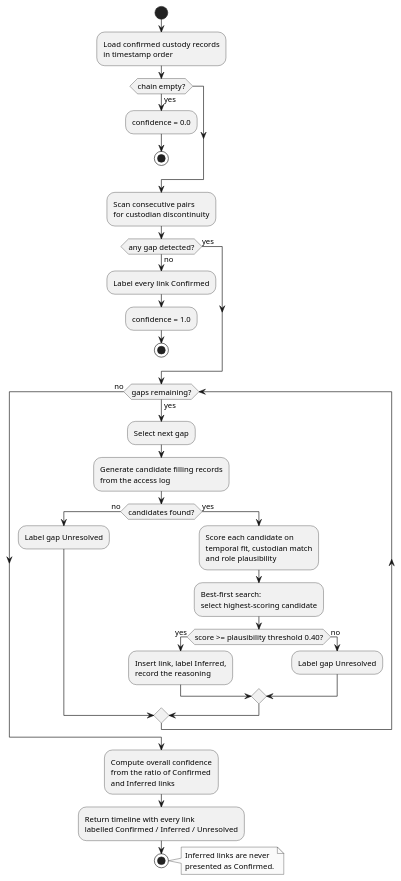
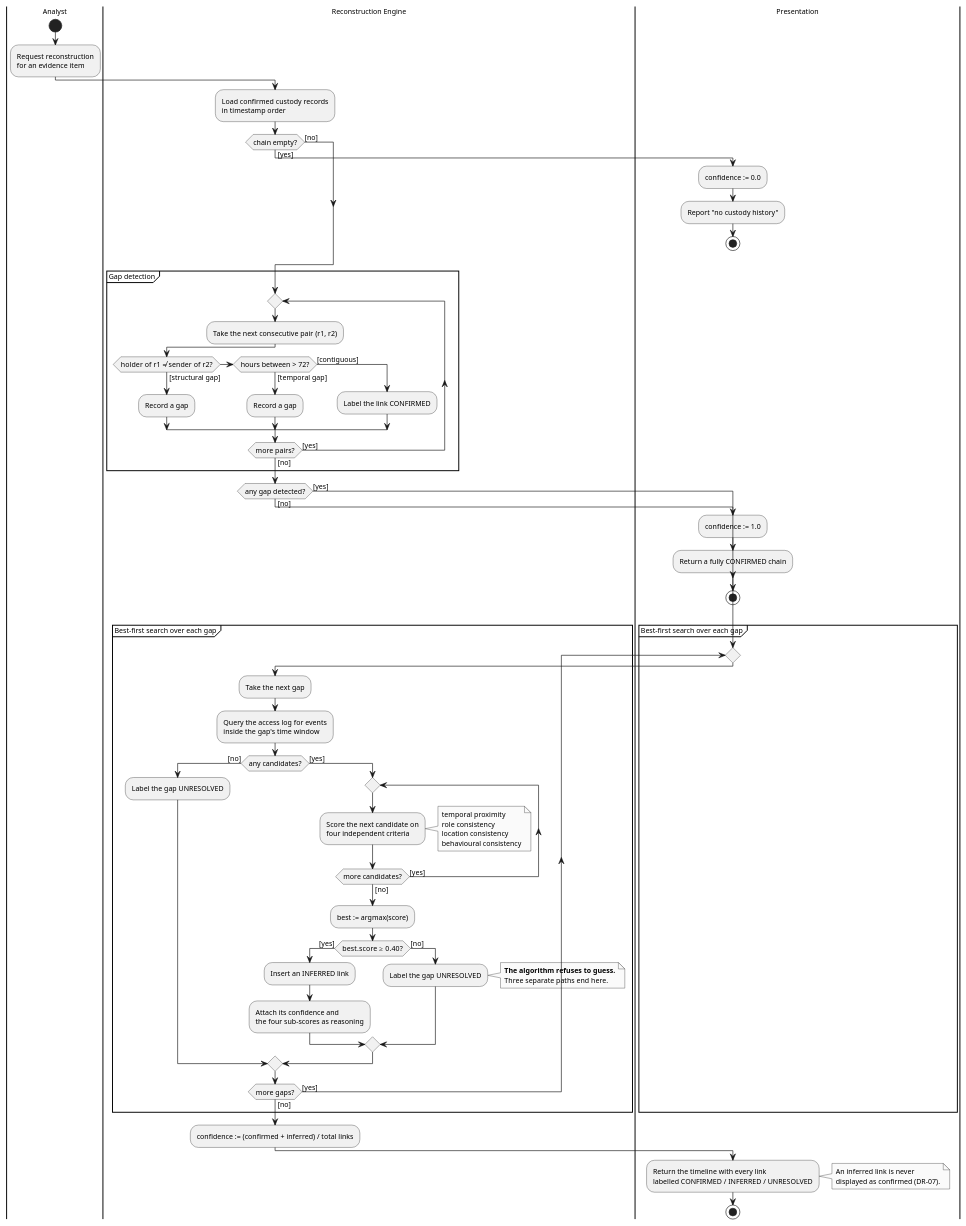
One commit to vidhyaharini0/DEICMS changed the diagram in diagrams_plantuml/08_activity_reconstruction.puml. Above: the diagram before and after it, drawn with PlantUML. The commit also changed 22 other files, not shown here.

Commit message:
Rewrite all 11 UML diagrams with proper UML semantics; make class and ER diagrams genuinely distinct; add class-vs-ER comparison to Ch8

```diff
--- a/diagrams_plantuml/08_activity_reconstruction.puml
+++ b/diagrams_plantuml/08_activity_reconstruction.puml
@@ -1,62 +1,96 @@
 @startuml
-' Figure 8.8 - Activity Diagram: Custody Chain Reconstruction
+' Figure 8.8 - Activity Diagram: Custody Chain Reconstruction (heuristic search)
 skinparam monochrome true
 skinparam shadowing false
 skinparam defaultFontName Arial
-skinparam defaultFontSize 12
+skinparam defaultFontSize 11
 skinparam backgroundColor white
 
+|#white|Analyst|
 start
+:Request reconstruction
+for an evidence item;
+
+|Reconstruction Engine|
 :Load confirmed custody records
 in timestamp order;
 
-if (chain empty?) then (yes)
-  :confidence = 0.0;
+if (chain empty?) then ([yes])
+  |Presentation|
+  :confidence := 0.0;
+  :Report "no custody history";
   stop
+else ([no])
 endif
 
-:Scan consecutive pairs
-for custodian discontinuity;
+|Reconstruction Engine|
+partition "Gap detection" {
+  repeat
+    :Take the next consecutive pair (r1, r2);
+    if (holder of r1 ≠ sender of r2?) then ([structural gap])
+      :Record a gap;
+    elseif (hours between > 72?) then ([temporal gap])
+      :Record a gap;
+    else ([contiguous])
+      :Label the link CONFIRMED;
+    endif
+  repeat while (more pairs?) is ([yes]) not ([no])
+}
 
-if (any gap detected?) then (no)
-  :Label every link Confirmed;
-  :confidence = 1.0;
+if (any gap detected?) then ([no])
+  |Presentation|
+  :confidence := 1.0;
+  :Return a fully CONFIRMED chain;
   stop
-else (yes)
+else ([yes])
 endif
 
-while (gaps remaining?) is (yes)
-  :Select next gap;
-  :Generate candidate filling records
-  from the access log;
+partition "Best-first search over each gap" {
+  repeat
+    |Reconstruction Engine|
+    :Take the next gap;
+    :Query the access log for events
+    inside the gap's time window;
 
-  if (candidates found?) then (no)
-    :Label gap Unresolved;
-  else (yes)
-    :Score each candidate on
-    temporal fit, custodian match
-    and role plausibility;
-    :Best-first search:
-    select highest-scoring candidate;
+    if (any candidates?) then ([no])
+      :Label the gap UNRESOLVED;
+    else ([yes])
+      repeat
+        :Score the next candidate on
+        four independent criteria;
+        note right
+          temporal proximity
+          role consistency
+          location consistency
+          behavioural consistency
+        end note
+      repeat while (more candidates?) is ([yes]) not ([no])
 
-    if (score >= plausibility threshold 0.40?) then (yes)
-      :Insert link, label Inferred,
-      record the reasoning;
-    else (no)
-      :Label gap Unresolved;
+      :best := argmax(score);
+
+      if (best.score ≥ 0.40?) then ([yes])
+        :Insert an INFERRED link;
+        :Attach its confidence and
+        the four sub-scores as reasoning;
+      else ([no])
+        :Label the gap UNRESOLVED;
+        note right
+          <b>The algorithm refuses to guess.</b>
+          Three separate paths end here.
+        end note
+      endif
     endif
-  endif
-endwhile (no)
+  repeat while (more gaps?) is ([yes]) not ([no])
+}
 
-:Compute overall confidence
-from the ratio of Confirmed
-and Inferred links;
-:Return timeline with every link
-labelled Confirmed / Inferred / Unresolved;
+:confidence := (confirmed + inferred) / total links;
+
+|Presentation|
+:Return the timeline with every link
+labelled CONFIRMED / INFERRED / UNRESOLVED;
+note right
+  An inferred link is never
+  displayed as confirmed (DR-07).
+end note
 stop
-
-note right
-  Inferred links are never
-  presented as Confirmed.
-end note
 @enduml
```
